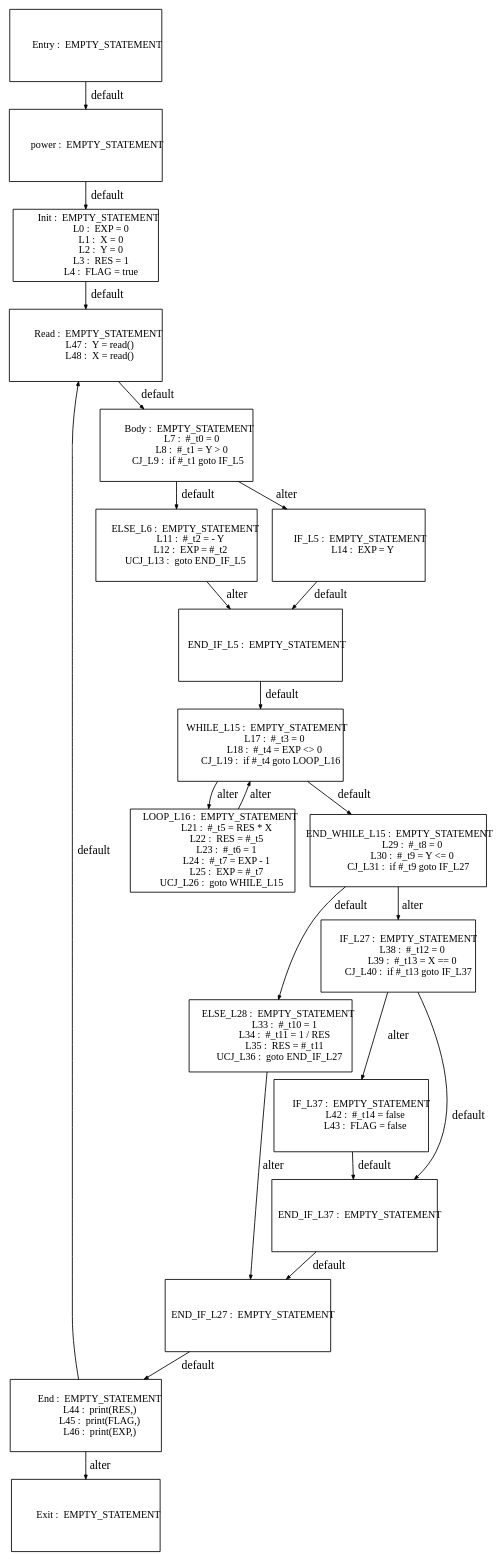
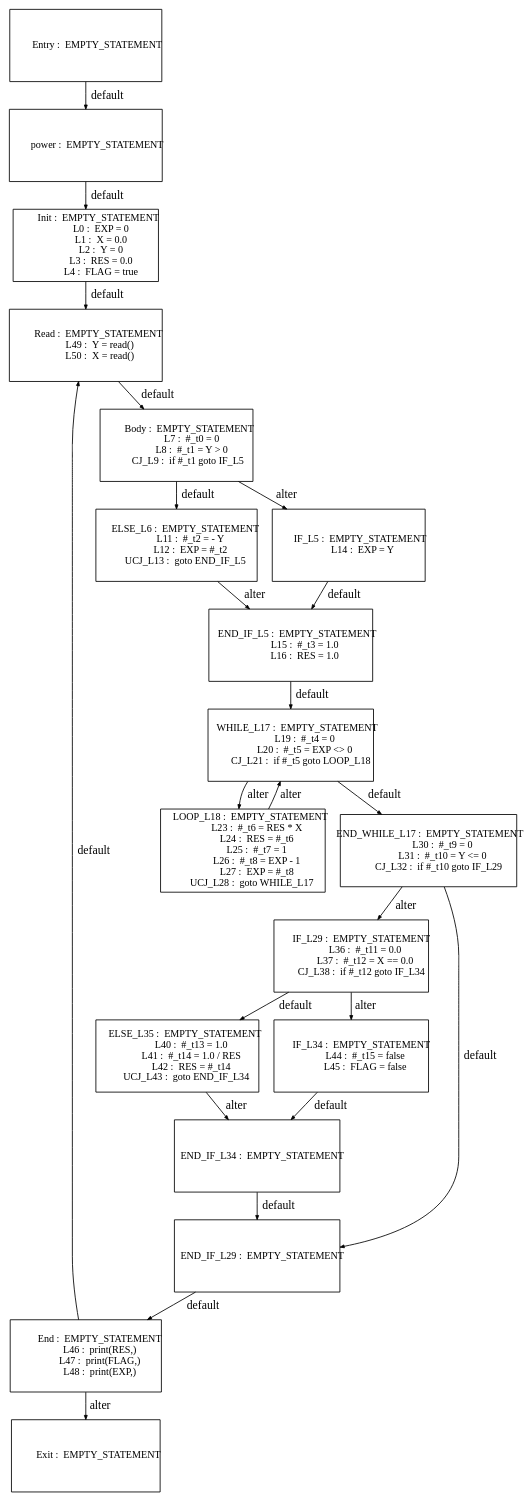
Before and after one commit to Geoffrey1014/ST_DSE: the diagram in tests_programs/paper1_tests/power_output/Graph_CP_0.dot, drawn with Graphviz. The commit also changed 176 other files, not shown here.

```diff
--- a/tests_programs/paper1_tests/power_output/Graph_CP_0.dot
+++ b/tests_programs/paper1_tests/power_output/Graph_CP_0.dot
@@ -6,9 +6,9 @@
   "          power :  EMPTY_STATEMENT
 "; "           Init :  EMPTY_STATEMENT
              L0 :  EXP = 0
-             L1 :  X = 0
+             L1 :  X = 0.0
              L2 :  Y = 0
-             L3 :  RES = 1
+             L3 :  RES = 0.0
              L4 :  FLAG = true
 "; "           Body :  EMPTY_STATEMENT
              L7 :  #_t0 = 0
@@ -21,62 +21,64 @@
 "; "          IF_L5 :  EMPTY_STATEMENT
             L14 :  EXP = Y
 "; "      END_IF_L5 :  EMPTY_STATEMENT
-"; "      WHILE_L15 :  EMPTY_STATEMENT
-            L17 :  #_t3 = 0
-            L18 :  #_t4 = EXP <> 0
-         CJ_L19 :  if #_t4 goto LOOP_L16
-"; "       LOOP_L16 :  EMPTY_STATEMENT
-            L21 :  #_t5 = RES * X
-            L22 :  RES = #_t5
-            L23 :  #_t6 = 1
-            L24 :  #_t7 = EXP - 1
-            L25 :  EXP = #_t7
-        UCJ_L26 :  goto WHILE_L15
-"; "  END_WHILE_L15 :  EMPTY_STATEMENT
-            L29 :  #_t8 = 0
-            L30 :  #_t9 = Y <= 0
-         CJ_L31 :  if #_t9 goto IF_L27
-"; "       ELSE_L28 :  EMPTY_STATEMENT
-            L33 :  #_t10 = 1
-            L34 :  #_t11 = 1 / RES
-            L35 :  RES = #_t11
-        UCJ_L36 :  goto END_IF_L27
-"; "         IF_L27 :  EMPTY_STATEMENT
-            L38 :  #_t12 = 0
-            L39 :  #_t13 = X == 0
-         CJ_L40 :  if #_t13 goto IF_L37
-"; "         IF_L37 :  EMPTY_STATEMENT
-            L42 :  #_t14 = false
-            L43 :  FLAG = false
-"; "     END_IF_L37 :  EMPTY_STATEMENT
-"; "     END_IF_L27 :  EMPTY_STATEMENT
+            L15 :  #_t3 = 1.0
+            L16 :  RES = 1.0
+"; "      WHILE_L17 :  EMPTY_STATEMENT
+            L19 :  #_t4 = 0
+            L20 :  #_t5 = EXP <> 0
+         CJ_L21 :  if #_t5 goto LOOP_L18
+"; "       LOOP_L18 :  EMPTY_STATEMENT
+            L23 :  #_t6 = RES * X
+            L24 :  RES = #_t6
+            L25 :  #_t7 = 1
+            L26 :  #_t8 = EXP - 1
+            L27 :  EXP = #_t8
+        UCJ_L28 :  goto WHILE_L17
+"; "  END_WHILE_L17 :  EMPTY_STATEMENT
+            L30 :  #_t9 = 0
+            L31 :  #_t10 = Y <= 0
+         CJ_L32 :  if #_t10 goto IF_L29
+"; "         IF_L29 :  EMPTY_STATEMENT
+            L36 :  #_t11 = 0.0
+            L37 :  #_t12 = X == 0.0
+         CJ_L38 :  if #_t12 goto IF_L34
+"; "       ELSE_L35 :  EMPTY_STATEMENT
+            L40 :  #_t13 = 1.0
+            L41 :  #_t14 = 1.0 / RES
+            L42 :  RES = #_t14
+        UCJ_L43 :  goto END_IF_L34
+"; "         IF_L34 :  EMPTY_STATEMENT
+            L44 :  #_t15 = false
+            L45 :  FLAG = false
+"; "     END_IF_L34 :  EMPTY_STATEMENT
+"; "     END_IF_L29 :  EMPTY_STATEMENT
 "; "          Entry :  EMPTY_STATEMENT
 "; "            End :  EMPTY_STATEMENT
-            L44 :  print(RES,)
-            L45 :  print(FLAG,)
-            L46 :  print(EXP,)
+            L46 :  print(RES,)
+            L47 :  print(FLAG,)
+            L48 :  print(EXP,)
 "; "           Exit :  EMPTY_STATEMENT
 "; "           Read :  EMPTY_STATEMENT
-            L47 :  Y = read()
-            L48 :  X = read()
+            L49 :  Y = read()
+            L50 :  X = read()
 "; 
   "          power :  EMPTY_STATEMENT
 " -> "           Init :  EMPTY_STATEMENT
              L0 :  EXP = 0
-             L1 :  X = 0
+             L1 :  X = 0.0
              L2 :  Y = 0
-             L3 :  RES = 1
+             L3 :  RES = 0.0
              L4 :  FLAG = true
 "  [label="default"];
   "           Init :  EMPTY_STATEMENT
              L0 :  EXP = 0
-             L1 :  X = 0
+             L1 :  X = 0.0
              L2 :  Y = 0
-             L3 :  RES = 1
+             L3 :  RES = 0.0
              L4 :  FLAG = true
 " -> "           Read :  EMPTY_STATEMENT
-            L47 :  Y = read()
-            L48 :  X = read()
+            L49 :  Y = read()
+            L50 :  X = read()
 "  [label="default"];
   "           Body :  EMPTY_STATEMENT
              L7 :  #_t0 = 0
@@ -99,124 +101,130 @@
             L12 :  EXP = #_t2
         UCJ_L13 :  goto END_IF_L5
 " -> "      END_IF_L5 :  EMPTY_STATEMENT
+            L15 :  #_t3 = 1.0
+            L16 :  RES = 1.0
 "  [label="alter"];
   "          IF_L5 :  EMPTY_STATEMENT
             L14 :  EXP = Y
 " -> "      END_IF_L5 :  EMPTY_STATEMENT
+            L15 :  #_t3 = 1.0
+            L16 :  RES = 1.0
 "  [label="default"];
   "      END_IF_L5 :  EMPTY_STATEMENT
-" -> "      WHILE_L15 :  EMPTY_STATEMENT
-            L17 :  #_t3 = 0
-            L18 :  #_t4 = EXP <> 0
-         CJ_L19 :  if #_t4 goto LOOP_L16
+            L15 :  #_t3 = 1.0
+            L16 :  RES = 1.0
+" -> "      WHILE_L17 :  EMPTY_STATEMENT
+            L19 :  #_t4 = 0
+            L20 :  #_t5 = EXP <> 0
+         CJ_L21 :  if #_t5 goto LOOP_L18
 "  [label="default"];
-  "      WHILE_L15 :  EMPTY_STATEMENT
-            L17 :  #_t3 = 0
-            L18 :  #_t4 = EXP <> 0
-         CJ_L19 :  if #_t4 goto LOOP_L16
-" -> "  END_WHILE_L15 :  EMPTY_STATEMENT
-            L29 :  #_t8 = 0
-            L30 :  #_t9 = Y <= 0
-         CJ_L31 :  if #_t9 goto IF_L27
+  "      WHILE_L17 :  EMPTY_STATEMENT
+            L19 :  #_t4 = 0
+            L20 :  #_t5 = EXP <> 0
+         CJ_L21 :  if #_t5 goto LOOP_L18
+" -> "  END_WHILE_L17 :  EMPTY_STATEMENT
+            L30 :  #_t9 = 0
+            L31 :  #_t10 = Y <= 0
+         CJ_L32 :  if #_t10 goto IF_L29
 "  [label="default"];
-  "      WHILE_L15 :  EMPTY_STATEMENT
-            L17 :  #_t3 = 0
-            L18 :  #_t4 = EXP <> 0
-         CJ_L19 :  if #_t4 goto LOOP_L16
-" -> "       LOOP_L16 :  EMPTY_STATEMENT
-            L21 :  #_t5 = RES * X
-            L22 :  RES = #_t5
-            L23 :  #_t6 = 1
-            L24 :  #_t7 = EXP - 1
-            L25 :  EXP = #_t7
-        UCJ_L26 :  goto WHILE_L15
+  "      WHILE_L17 :  EMPTY_STATEMENT
+            L19 :  #_t4 = 0
+            L20 :  #_t5 = EXP <> 0
+         CJ_L21 :  if #_t5 goto LOOP_L18
+" -> "       LOOP_L18 :  EMPTY_STATEMENT
+            L23 :  #_t6 = RES * X
+            L24 :  RES = #_t6
+            L25 :  #_t7 = 1
+            L26 :  #_t8 = EXP - 1
+            L27 :  EXP = #_t8
+        UCJ_L28 :  goto WHILE_L17
 "  [label="alter"];
-  "       LOOP_L16 :  EMPTY_STATEMENT
-            L21 :  #_t5 = RES * X
-            L22 :  RES = #_t5
-            L23 :  #_t6 = 1
-            L24 :  #_t7 = EXP - 1
-            L25 :  EXP = #_t7
-        UCJ_L26 :  goto WHILE_L15
-" -> "      WHILE_L15 :  EMPTY_STATEMENT
-            L17 :  #_t3 = 0
-            L18 :  #_t4 = EXP <> 0
-         CJ_L19 :  if #_t4 goto LOOP_L16
+  "       LOOP_L18 :  EMPTY_STATEMENT
+            L23 :  #_t6 = RES * X
+            L24 :  RES = #_t6
+            L25 :  #_t7 = 1
+            L26 :  #_t8 = EXP - 1
+            L27 :  EXP = #_t8
+        UCJ_L28 :  goto WHILE_L17
+" -> "      WHILE_L17 :  EMPTY_STATEMENT
+            L19 :  #_t4 = 0
+            L20 :  #_t5 = EXP <> 0
+         CJ_L21 :  if #_t5 goto LOOP_L18
 "  [label="alter"];
-  "  END_WHILE_L15 :  EMPTY_STATEMENT
-            L29 :  #_t8 = 0
-            L30 :  #_t9 = Y <= 0
-         CJ_L31 :  if #_t9 goto IF_L27
-" -> "       ELSE_L28 :  EMPTY_STATEMENT
-            L33 :  #_t10 = 1
-            L34 :  #_t11 = 1 / RES
-            L35 :  RES = #_t11
-        UCJ_L36 :  goto END_IF_L27
+  "  END_WHILE_L17 :  EMPTY_STATEMENT
+            L30 :  #_t9 = 0
+            L31 :  #_t10 = Y <= 0
+         CJ_L32 :  if #_t10 goto IF_L29
+" -> "     END_IF_L29 :  EMPTY_STATEMENT
 "  [label="default"];
-  "  END_WHILE_L15 :  EMPTY_STATEMENT
-            L29 :  #_t8 = 0
-            L30 :  #_t9 = Y <= 0
-         CJ_L31 :  if #_t9 goto IF_L27
-" -> "         IF_L27 :  EMPTY_STATEMENT
-            L38 :  #_t12 = 0
-            L39 :  #_t13 = X == 0
-         CJ_L40 :  if #_t13 goto IF_L37
+  "  END_WHILE_L17 :  EMPTY_STATEMENT
+            L30 :  #_t9 = 0
+            L31 :  #_t10 = Y <= 0
+         CJ_L32 :  if #_t10 goto IF_L29
+" -> "         IF_L29 :  EMPTY_STATEMENT
+            L36 :  #_t11 = 0.0
+            L37 :  #_t12 = X == 0.0
+         CJ_L38 :  if #_t12 goto IF_L34
 "  [label="alter"];
-  "       ELSE_L28 :  EMPTY_STATEMENT
-            L33 :  #_t10 = 1
-            L34 :  #_t11 = 1 / RES
-            L35 :  RES = #_t11
-        UCJ_L36 :  goto END_IF_L27
-" -> "     END_IF_L27 :  EMPTY_STATEMENT
+  "         IF_L29 :  EMPTY_STATEMENT
+            L36 :  #_t11 = 0.0
+            L37 :  #_t12 = X == 0.0
+         CJ_L38 :  if #_t12 goto IF_L34
+" -> "       ELSE_L35 :  EMPTY_STATEMENT
+            L40 :  #_t13 = 1.0
+            L41 :  #_t14 = 1.0 / RES
+            L42 :  RES = #_t14
+        UCJ_L43 :  goto END_IF_L34
+"  [label="default"];
+  "         IF_L29 :  EMPTY_STATEMENT
+            L36 :  #_t11 = 0.0
+            L37 :  #_t12 = X == 0.0
+         CJ_L38 :  if #_t12 goto IF_L34
+" -> "         IF_L34 :  EMPTY_STATEMENT
+            L44 :  #_t15 = false
+            L45 :  FLAG = false
 "  [label="alter"];
-  "         IF_L27 :  EMPTY_STATEMENT
-            L38 :  #_t12 = 0
-            L39 :  #_t13 = X == 0
-         CJ_L40 :  if #_t13 goto IF_L37
-" -> "     END_IF_L37 :  EMPTY_STATEMENT
+  "       ELSE_L35 :  EMPTY_STATEMENT
+            L40 :  #_t13 = 1.0
+            L41 :  #_t14 = 1.0 / RES
+            L42 :  RES = #_t14
+        UCJ_L43 :  goto END_IF_L34
+" -> "     END_IF_L34 :  EMPTY_STATEMENT
+"  [label="alter"];
+  "         IF_L34 :  EMPTY_STATEMENT
+            L44 :  #_t15 = false
+            L45 :  FLAG = false
+" -> "     END_IF_L34 :  EMPTY_STATEMENT
 "  [label="default"];
-  "         IF_L27 :  EMPTY_STATEMENT
-            L38 :  #_t12 = 0
-            L39 :  #_t13 = X == 0
-         CJ_L40 :  if #_t13 goto IF_L37
-" -> "         IF_L37 :  EMPTY_STATEMENT
-            L42 :  #_t14 = false
-            L43 :  FLAG = false
-"  [label="alter"];
-  "         IF_L37 :  EMPTY_STATEMENT
-            L42 :  #_t14 = false
-            L43 :  FLAG = false
-" -> "     END_IF_L37 :  EMPTY_STATEMENT
+  "     END_IF_L34 :  EMPTY_STATEMENT
+" -> "     END_IF_L29 :  EMPTY_STATEMENT
 "  [label="default"];
-  "     END_IF_L37 :  EMPTY_STATEMENT
-" -> "     END_IF_L27 :  EMPTY_STATEMENT
-"  [label="default"];
-  "     END_IF_L27 :  EMPTY_STATEMENT
+  "     END_IF_L29 :  EMPTY_STATEMENT
 " -> "            End :  EMPTY_STATEMENT
-            L44 :  print(RES,)
-            L45 :  print(FLAG,)
-            L46 :  print(EXP,)
+            L46 :  print(RES,)
+            L47 :  print(FLAG,)
+            L48 :  print(EXP,)
 "  [label="default"];
   "          Entry :  EMPTY_STATEMENT
 " -> "          power :  EMPTY_STATEMENT
 "  [label="default"];
   "            End :  EMPTY_STATEMENT
-            L44 :  print(RES,)
-            L45 :  print(FLAG,)
-            L46 :  print(EXP,)
+            L46 :  print(RES,)
+            L47 :  print(FLAG,)
+            L48 :  print(EXP,)
 " -> "           Read :  EMPTY_STATEMENT
-            L47 :  Y = read()
-            L48 :  X = read()
+            L49 :  Y = read()
+            L50 :  X = read()
 "  [label="default"];
   "            End :  EMPTY_STATEMENT
-            L44 :  print(RES,)
-            L45 :  print(FLAG,)
-            L46 :  print(EXP,)
+            L46 :  print(RES,)
+            L47 :  print(FLAG,)
+            L48 :  print(EXP,)
 " -> "           Exit :  EMPTY_STATEMENT
 "  [label="alter"];
   "           Read :  EMPTY_STATEMENT
-            L47 :  Y = read()
-            L48 :  X = read()
+            L49 :  Y = read()
+            L50 :  X = read()
 " -> "           Body :  EMPTY_STATEMENT
              L7 :  #_t0 = 0
              L8 :  #_t1 = Y > 0
```
